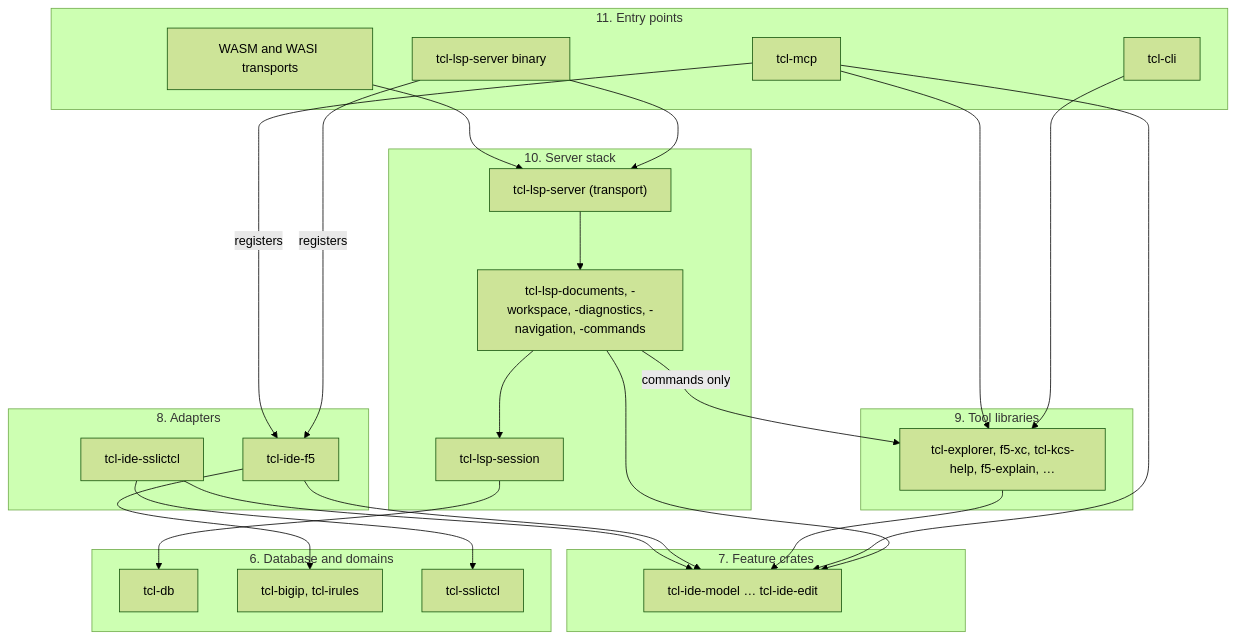
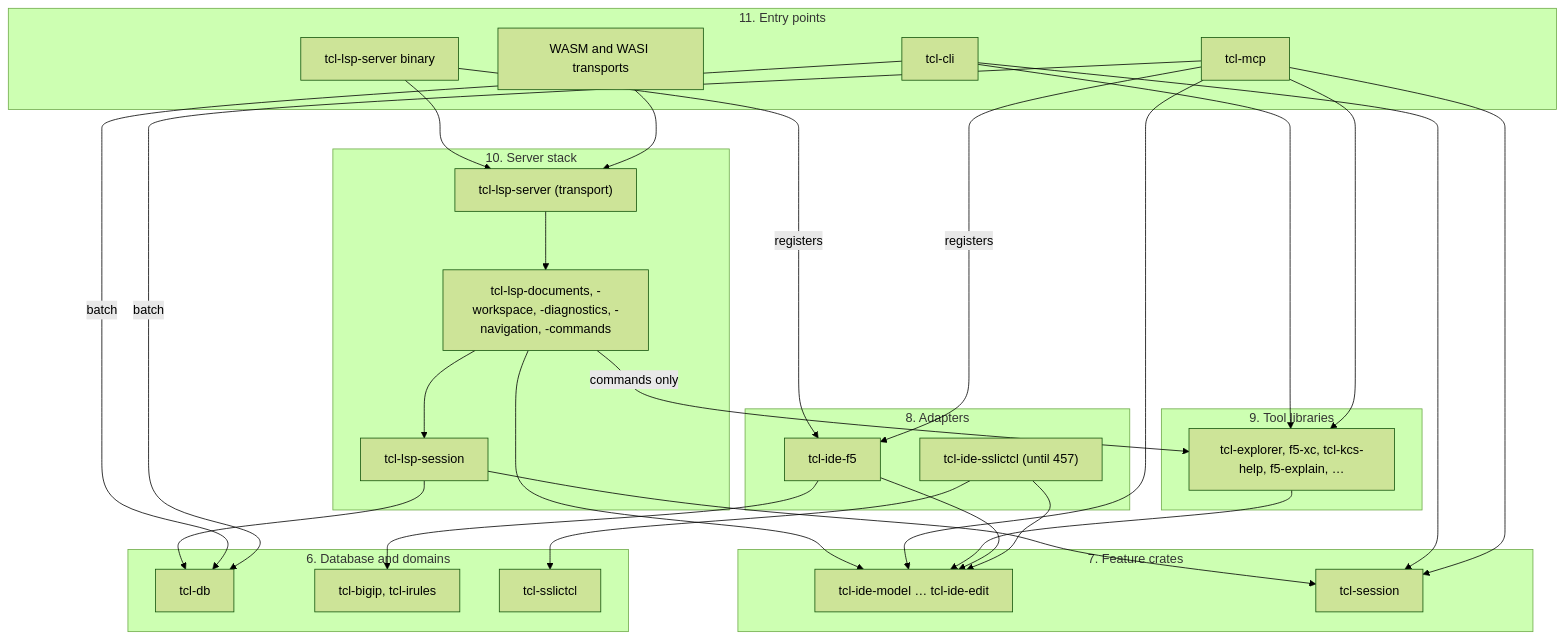
The third of 3 diagrams in docs/design/workspace/overview.md (bitwisecook/tcl-lsp), drawn with Mermaid (forest theme) before and after one commit. The commit also changed other lines of this file and 10 other files, not shown here.

````diff
--- a/docs/design/workspace/overview.md
+++ b/docs/design/workspace/overview.md
@@ -166,46 +166,52 @@
 ```mermaid
 flowchart TB
   subgraph g11["11. Entry points"]
     lspBin["tcl-lsp-server binary"]
     facades["WASM and WASI transports"]
     tclMcp["tcl-mcp"]
     tclCli["tcl-cli"]
   end
   subgraph g10["10. Server stack"]
     transport["tcl-lsp-server (transport)"]
     handlers["tcl-lsp-documents, -workspace, -diagnostics, -navigation, -commands"]
     session["tcl-lsp-session"]
   end
   subgraph g9["9. Tool libraries"]
     tools["tcl-explorer, f5-xc, tcl-kcs-help, f5-explain, …"]
   end
   subgraph g8["8. Adapters"]
     ideF5["tcl-ide-f5"]
-    ideSsl["tcl-ide-sslictcl"]
+    ideSsl["tcl-ide-sslictcl (until 457)"]
   end
   subgraph g7["7. Feature crates"]
     features["tcl-ide-model … tcl-ide-edit"]
+    tclSession["tcl-session"]
   end
   subgraph g6["6. Database and domains"]
     tclDb["tcl-db"]
     bigipIrules["tcl-bigip, tcl-irules"]
     sslictcl["tcl-sslictcl"]
   end
   lspBin --> transport
   facades --> transport
   transport --> handlers
   handlers --> session
   session --> tclDb
+  session --> tclSession
   handlers --> features
   handlers -->|"commands only"| tools
   tclCli --> tools
+  tclCli --> tclSession
+  tclCli -->|"batch"| tclDb
   tclMcp --> tools
   tclMcp --> features
+  tclMcp --> tclSession
+  tclMcp -->|"batch"| tclDb
   tools --> features
   lspBin -->|"registers"| ideF5
   tclMcp -->|"registers"| ideF5
   ideF5 --> features
   ideF5 --> bigipIrules
   ideSsl --> features
   ideSsl --> sslictcl
 ```
````
